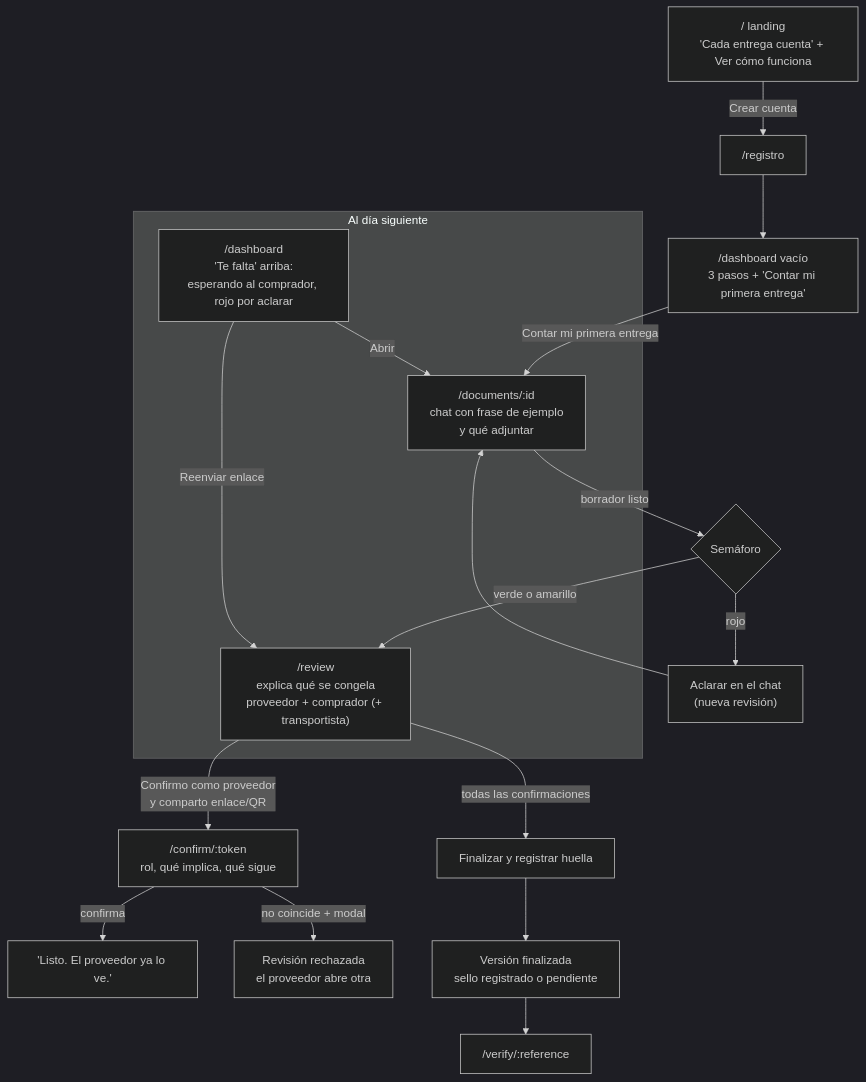
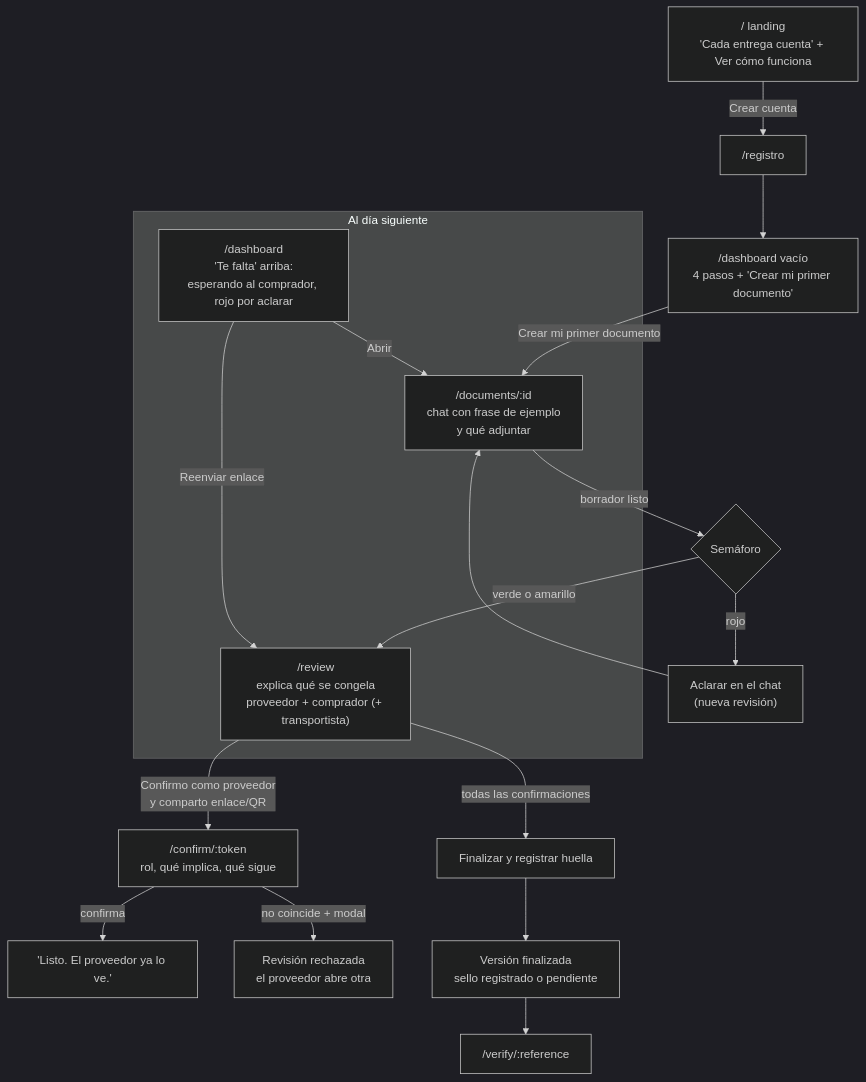
One commit to nanonoir/galcoa changed the second of 2 diagrams in docs/exec-plans/active/onboarding-flujo-usuario.md. Above: the diagram before and after it, drawn with Mermaid (dark theme). The commit also changed other lines of this file, not shown here.

First line of the commit message:
docs(onboarding): coordinación con el PR #157 y propuesta de Facu

````diff
--- a/docs/exec-plans/active/onboarding-flujo-usuario.md
+++ b/docs/exec-plans/active/onboarding-flujo-usuario.md
@@ -99,20 +99,20 @@
 ```mermaid
 flowchart TD
   L["/ landing<br/>'Cada entrega cuenta' + Ver cómo funciona"] -->|Crear cuenta| R["/registro"]
-  R --> D0["/dashboard vacío<br/>3 pasos + 'Contar mi primera entrega'"]
-  D0 -->|Contar mi primera entrega| DOC["/documents/:id<br/>chat con frase de ejemplo<br/>y qué adjuntar"]
+  R --> D0["/dashboard vacío<br/>4 pasos + 'Crear mi primer documento'"]
+  D0 -->|Crear mi primer documento| DOC["/documents/:id<br/>chat con frase de ejemplo<br/>y qué adjuntar"]
   DOC -->|borrador listo| SEM{"Semáforo"}
   SEM -->|rojo| FIX["Aclarar en el chat<br/>(nueva revisión)"] --> DOC
   SEM -->|verde o amarillo| REV["/review<br/>explica qué se congela<br/>proveedor + comprador (+ transportista)"]
   REV -->|Confirmo como proveedor<br/>y comparto enlace/QR| C["/confirm/:token<br/>rol, qué implica, qué sigue"]
   C -->|confirma| OK["'Listo. El proveedor ya lo ve.'"]
   C -->|no coincide + modal| NO["Revisión rechazada<br/>el proveedor abre otra"]
   REV -->|todas las confirmaciones| FIN["Finalizar y registrar huella"]
   FIN --> SEAL["Versión finalizada<br/>sello registrado o pendiente"]
   SEAL --> V["/verify/:reference"]
 
   subgraph DIA2["Al día siguiente"]
     D1["/dashboard<br/>'Te falta' arriba:<br/>esperando al comprador, rojo por aclarar"] -->|Reenviar enlace| REV
     D1 -->|Abrir| DOC
   end
 ```
````
